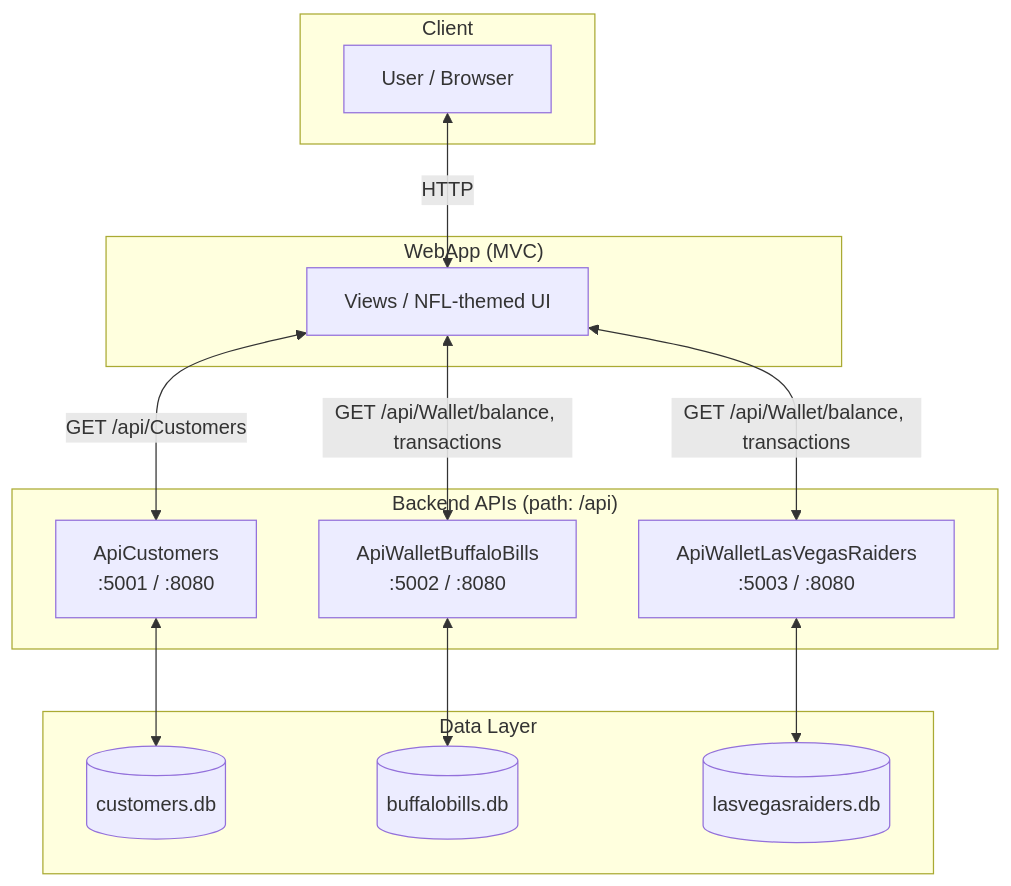
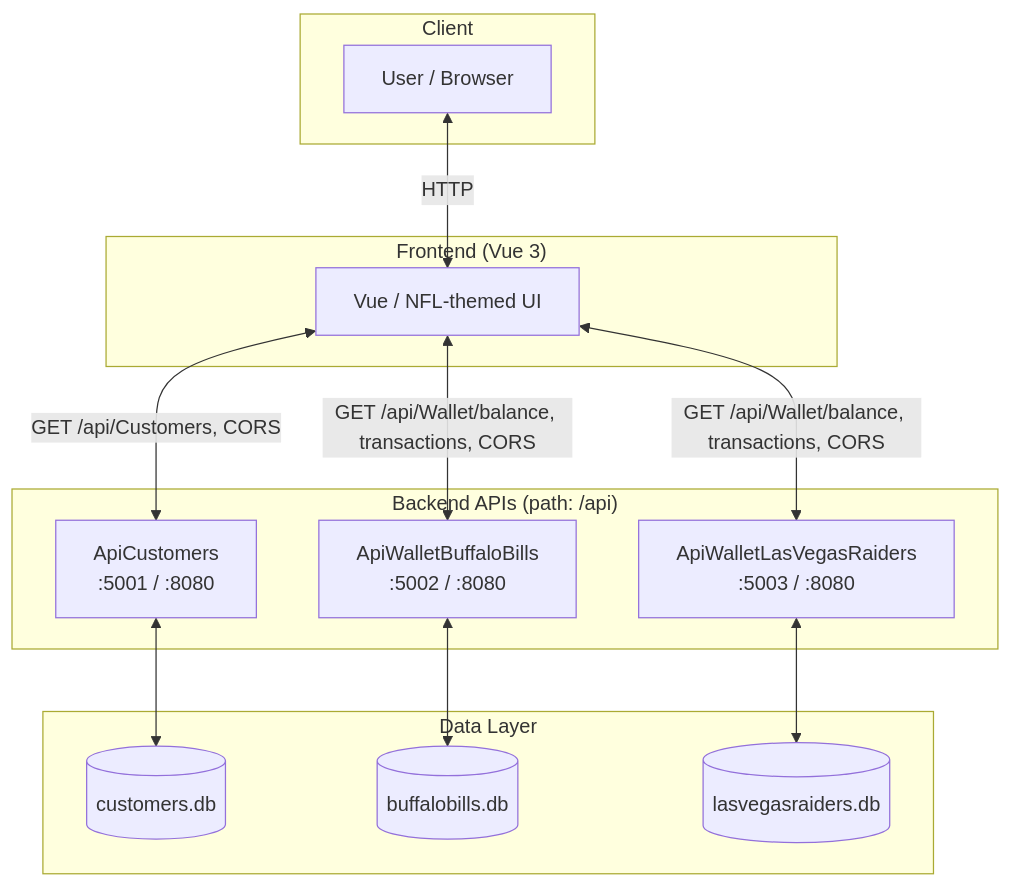
The first of 3 diagrams in README.md (maximilianoPizarro/NFL-Wallet), drawn with Mermaid before and after one commit. The commit also changed other lines of this file and 806 other files, not shown here.

````diff
--- a/README.md
+++ b/README.md
@@ -9,30 +21,30 @@
 ```mermaid
 flowchart TB
     subgraph Client["Client"]
         User[User / Browser]
     end
 
-    subgraph WebApp["WebApp (MVC)"]
-        UI[Views / NFL-themed UI]
+    subgraph WebApp["Frontend (Vue 3)"]
+        UI[Vue / NFL-themed UI]
     end
 
     subgraph APIs["Backend APIs (path: /api)"]
         ApiCustomers[ApiCustomers<br/>:5001 / :8080]
         ApiBuffalo[ApiWalletBuffaloBills<br/>:5002 / :8080]
         ApiRaiders[ApiWalletLasVegasRaiders<br/>:5003 / :8080]
     end
 
     subgraph Data["Data Layer"]
         DB1[(customers.db)]
         DB2[(buffalobills.db)]
         DB3[(lasvegasraiders.db)]
     end
 
     User <-->|HTTP| UI
-    UI <-->|GET /api/Customers| ApiCustomers
-    UI <-->|GET /api/Wallet/balance, transactions| ApiBuffalo
-    UI <-->|GET /api/Wallet/balance, transactions| ApiRaiders
+    UI <-->|GET /api/Customers, CORS| ApiCustomers
+    UI <-->|GET /api/Wallet/balance, transactions, CORS| ApiBuffalo
+    UI <-->|GET /api/Wallet/balance, transactions, CORS| ApiRaiders
     ApiCustomers <--> DB1
     ApiBuffalo <--> DB2
     ApiRaiders <--> DB3
 ```
````
